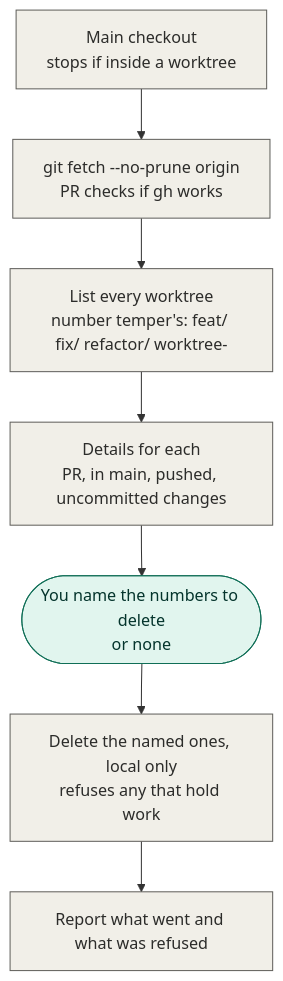
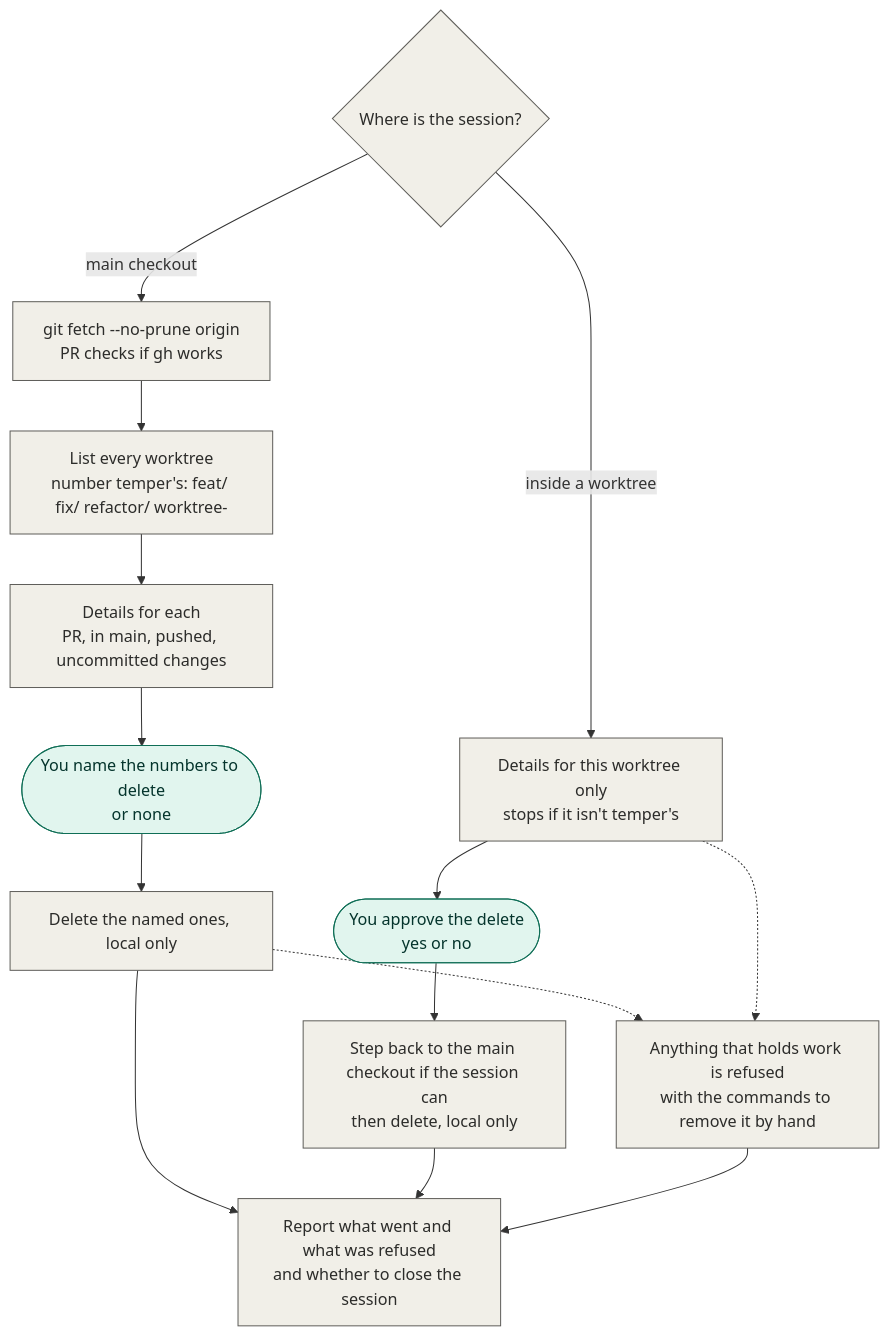
One commit to junayed711/temper changed the sixth of 6 diagrams in README.md. Above: the diagram before and after it, drawn with Mermaid. The commit also changed other lines of this file, not shown here.

Commit message:
document running temper cleanup from inside a worktree

````diff
--- a/README.md
+++ b/README.md
@@ -507,15 +518,23 @@
 ```mermaid
 flowchart TD
-    here["Main checkout<br/>stops if inside a worktree"]:::temper
+    here{"Where is the session?"}:::temper
     fetch["git fetch --no-prune origin<br/>PR checks if gh works"]:::temper
     find["List every worktree<br/>number temper's: feat/ fix/ refactor/ worktree-"]:::temper
     sort["Details for each<br/>PR, in main, pushed, uncommitted changes"]:::temper
     ask(["You name the numbers to delete<br/>or none"]):::you
-    remove["Delete the named ones, local only<br/>refuses any that hold work"]:::temper
-    report["Report what went and what was refused"]:::temper
+    remove["Delete the named ones, local only"]:::temper
+    one["Details for this worktree only<br/>stops if it isn't temper's"]:::temper
+    yes(["You approve the delete<br/>yes or no"]):::you
+    leave["Step back to the main checkout if the session can<br/>then delete, local only"]:::temper
+    refuse["Anything that holds work is refused<br/>with the commands to remove it by hand"]:::temper
+    report["Report what went and what was refused<br/>and whether to close the session"]:::temper
 
-    here --> fetch --> find --> sort --> ask --> remove --> report
+    here -- main checkout --> fetch --> find --> sort --> ask --> remove --> report
+    here -- inside a worktree --> one --> yes --> leave --> report
+    remove -.-> refuse
+    one -.-> refuse
+    refuse --> report
 
     classDef you fill:#E1F5EE,stroke:#0F6E56,color:#04342C
     classDef temper fill:#F1EFE8,stroke:#5F5E5A,color:#2C2C2A
 ```
````
